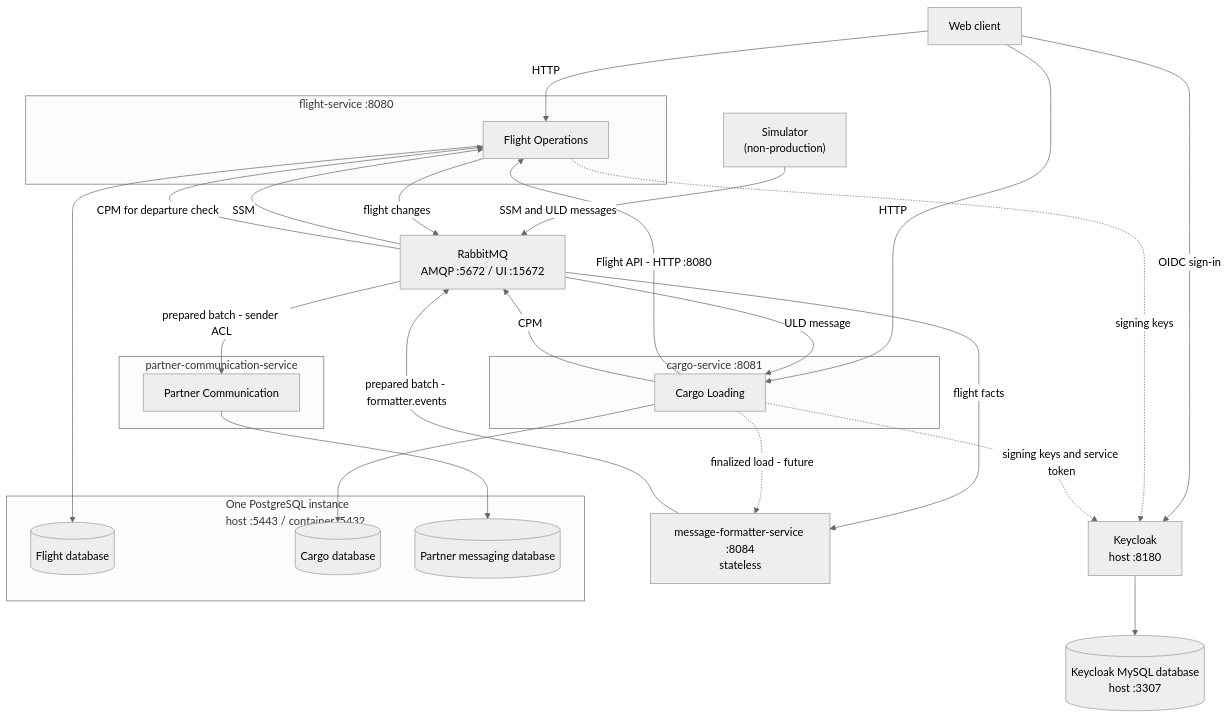
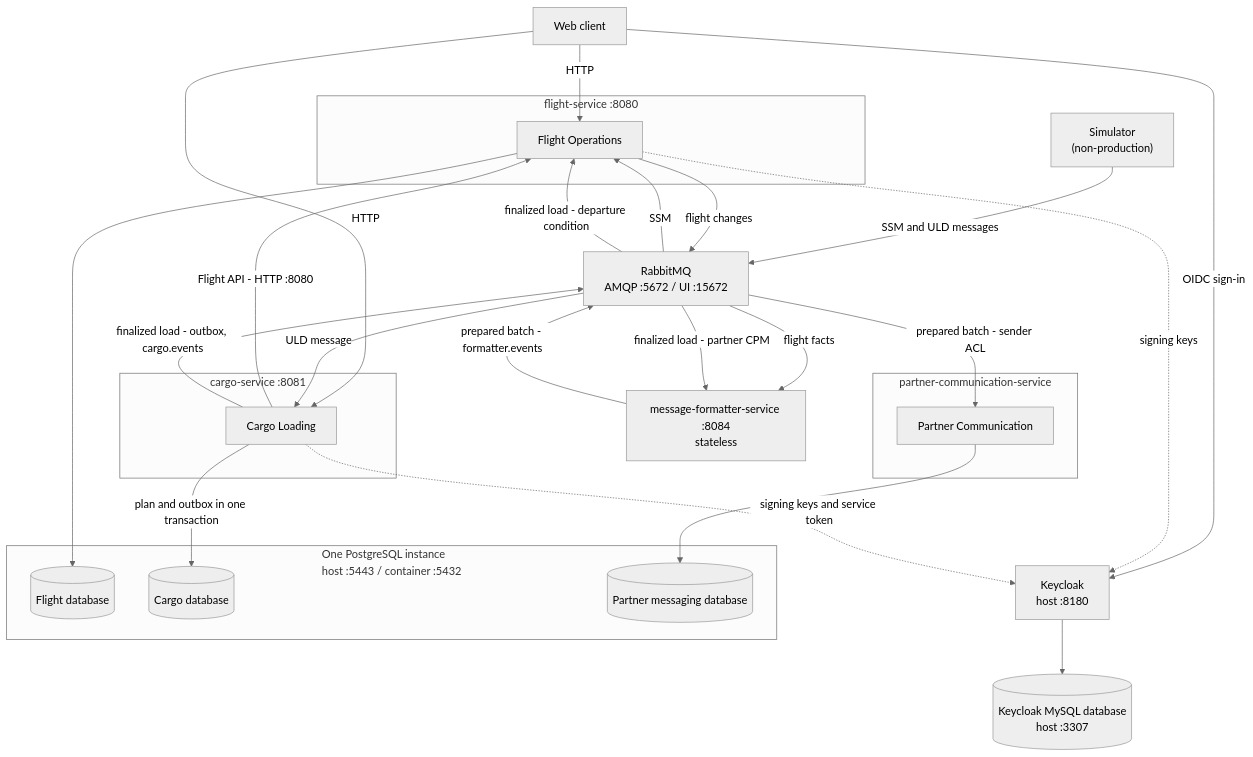
The third of 9 diagrams in architecture/analyse.md (ebhd/air-freight-operations), drawn with Mermaid (neutral theme) before and after one commit. The commit also changed other lines of this file and 2 other files, not shown here.

Commit message:
Document load checks, finalizing and the CPM flow (#26, #27, #32)

````diff
--- a/architecture/analyse.md
+++ b/architecture/analyse.md
@@ -109,42 +109,42 @@
 ```mermaid
 flowchart TB
     Client["Web client"] -->|HTTP| F
     Client -->|HTTP| C
     Client -->|OIDC sign-in| IAM["Keycloak<br/>host :8180"]
 
     subgraph FS["flight-service :8080"]
         F["Flight Operations"]
     end
     subgraph CS["cargo-service :8081"]
         C["Cargo Loading"]
     end
     subgraph PS["partner-communication-service"]
         P["Partner Communication"]
     end
     subgraph PG["One PostgreSQL instance<br/>host :5443 / container :5432"]
         FDB[("Flight database")]
         CDB[("Cargo database")]
         PDB[("Partner messaging database")]
     end
 
     MF["message-formatter-service :8084<br/>stateless"]
     F --> FDB
-    C --> CDB
+    C -->|plan and outbox in one transaction| CDB
     P --> PDB
     C -->|Flight API - HTTP :8080| F
 
     Sim["Simulator<br/>(non-production)"] -->|SSM and ULD messages| MQ["RabbitMQ<br/>AMQP :5672 / UI :15672"]
     MQ -->|SSM| F
     MQ -->|ULD message| C
     F -->|flight changes| MQ
-    C -->|CPM| MQ
+    C -->|finalized load - outbox, cargo.events| MQ
     MQ -->|flight facts| MF
     MF -->|prepared batch - formatter.events| MQ
     MQ -->|prepared batch - sender ACL| P
-    C -.->|finalized load - future| MF
-    MQ -->|CPM for departure check| F
+    MQ -->|finalized load - partner CPM| MF
+    MQ -->|finalized load - departure condition| F
 
     IAM --> KDB[("Keycloak MySQL database<br/>host :3307")]
     F -.->|signing keys| IAM
     C -.->|signing keys and service token| IAM
 ```
````
